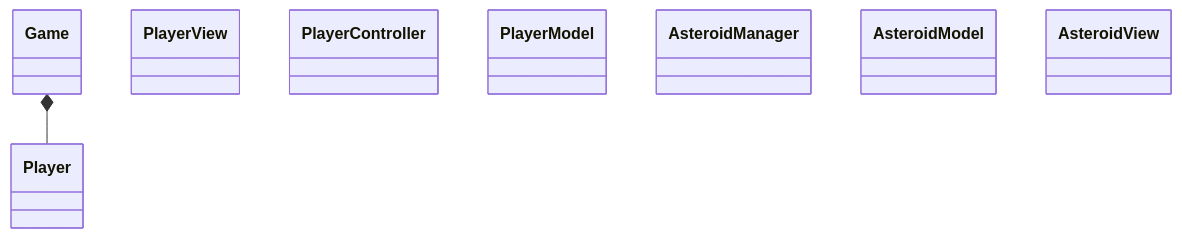
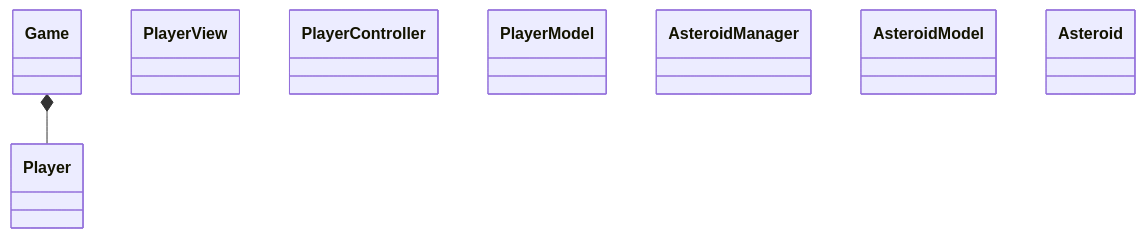
Before and after one commit to R4DEONN/cg: the diagram in lw3/README.md, drawn with Mermaid. The commit also changed 18 other files, not shown here.

````diff
--- a/lw3/README.md
+++ b/lw3/README.md
@@ -1,16 +1,16 @@
 ```mermaid
 classDiagram
     class Game
     
     class PlayerView
     class PlayerController
     class PlayerModel
     
     class AsteroidManager
     
     class AsteroidModel
     
-    class AsteroidView
+    class Asteroid
     
     Game *-- Player
 ```
````
